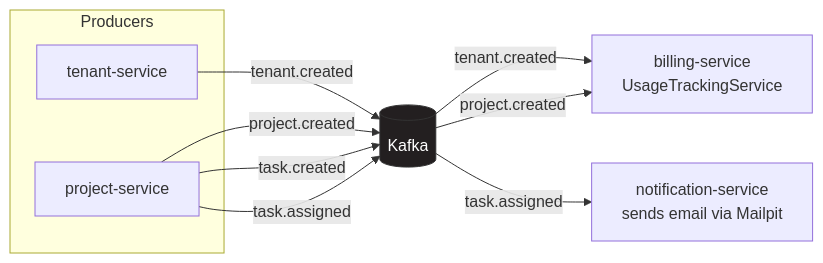
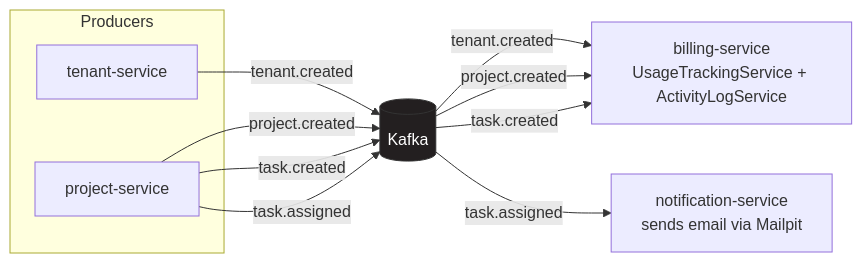
The first of 3 diagrams in docs/kafka-mailpit.md (mouadrarhib/tenanthub), drawn with Mermaid before and after one commit. The commit also changed other lines of this file and 3 other files, not shown here.

First line of the commit message:
docs: document task.created consumption, DLT handling, and Kafka observability

````diff
--- a/docs/kafka-mailpit.md
+++ b/docs/kafka-mailpit.md
@@ -14,18 +14,19 @@
 ```mermaid
 flowchart LR
     subgraph Producers
         TS[tenant-service]
         PS[project-service]
     end
 
     TS -- tenant.created --> K[(Kafka)]
     PS -- project.created --> K
     PS -- task.created --> K
     PS -- task.assigned --> K
 
-    K -- tenant.created --> BS[billing-service<br/>UsageTrackingService]
+    K -- tenant.created --> BS[billing-service<br/>UsageTrackingService + ActivityLogService]
     K -- project.created --> BS
+    K -- task.created --> BS
     K -- task.assigned --> NS[notification-service<br/>sends email via Mailpit]
 
     style K fill:#231f20,color:#fff,stroke:#333
 ```
````
